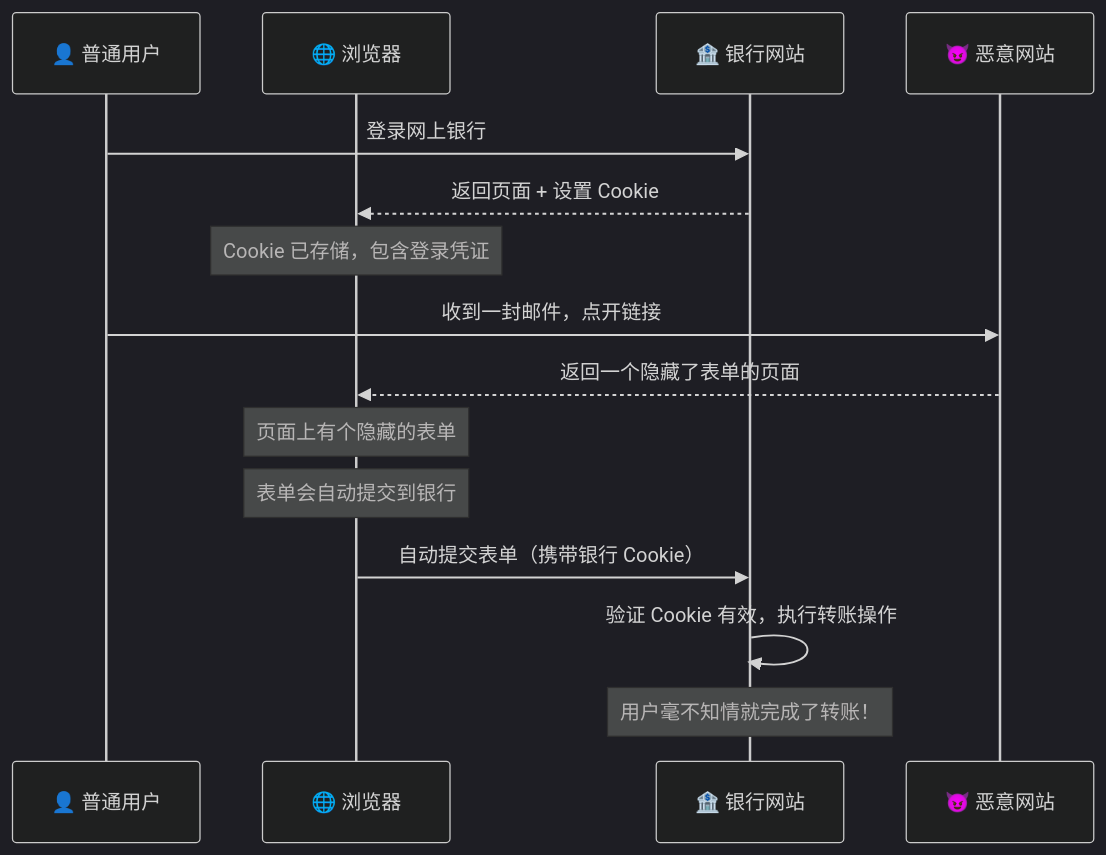
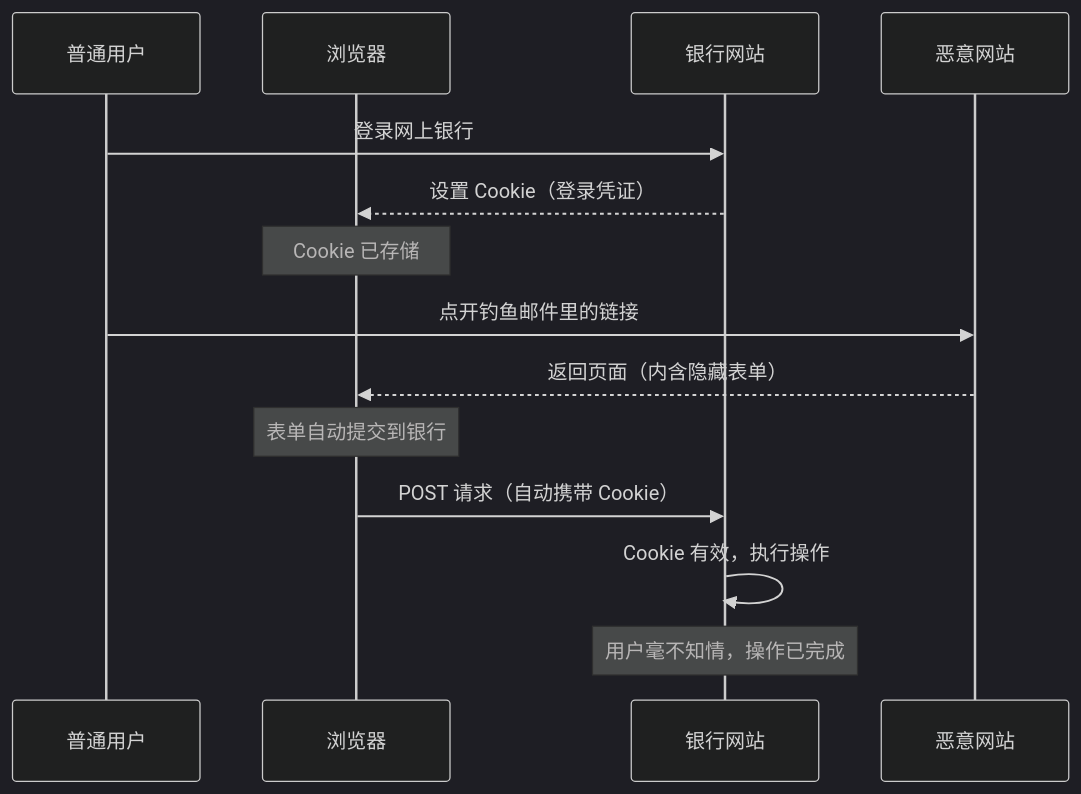
The first of 5 diagrams in articles/zh/nodejs-security-guide.mdx (zhangshichuan/maxzhang.site), drawn with Mermaid (dark theme) before and after one commit. The commit also changed other lines of this file and 49 other files, not shown here.

````diff
--- a/articles/zh/nodejs-security-guide.mdx
+++ b/articles/zh/nodejs-security-guide.mdx
@@ -50,20 +58,19 @@
 ```mermaid
 sequenceDiagram
-    participant User as 👤 普通用户
-    participant Browser as 🌐 浏览器
-    participant Bank as 🏦 银行网站
-    participant Evil as 😈 恶意网站
+    participant User as 普通用户
+    participant Browser as 浏览器
+    participant Bank as 银行网站
+    participant Evil as 恶意网站
 
     User->>Bank: 登录网上银行
-    Bank-->>Browser: 返回页面 + 设置 Cookie
-    Note over Browser: Cookie 已存储，包含登录凭证
+    Bank-->>Browser: 设置 Cookie（登录凭证）
+    Note over Browser: Cookie 已存储
 
-    User->>Evil: 收到一封邮件，点开链接
-    Evil-->>Browser: 返回一个隐藏了表单的页面
-    Note over Browser: 页面上有个隐藏的表单
-    Note over Browser: 表单会自动提交到银行
+    User->>Evil: 点开钓鱼邮件里的链接
+    Evil-->>Browser: 返回页面（内含隐藏表单）
+    Note over Browser: 表单自动提交到银行
 
-    Browser->>Bank: 自动提交表单（携带银行 Cookie）
-    Bank->>Bank: 验证 Cookie 有效，执行转账操作
-    Note over Bank: 用户毫不知情就完成了转账！
+    Browser->>Bank: POST 请求（自动携带 Cookie）
+    Bank->>Bank: Cookie 有效，执行操作
+    Note over Bank: 用户毫不知情，操作已完成
 ```
````
